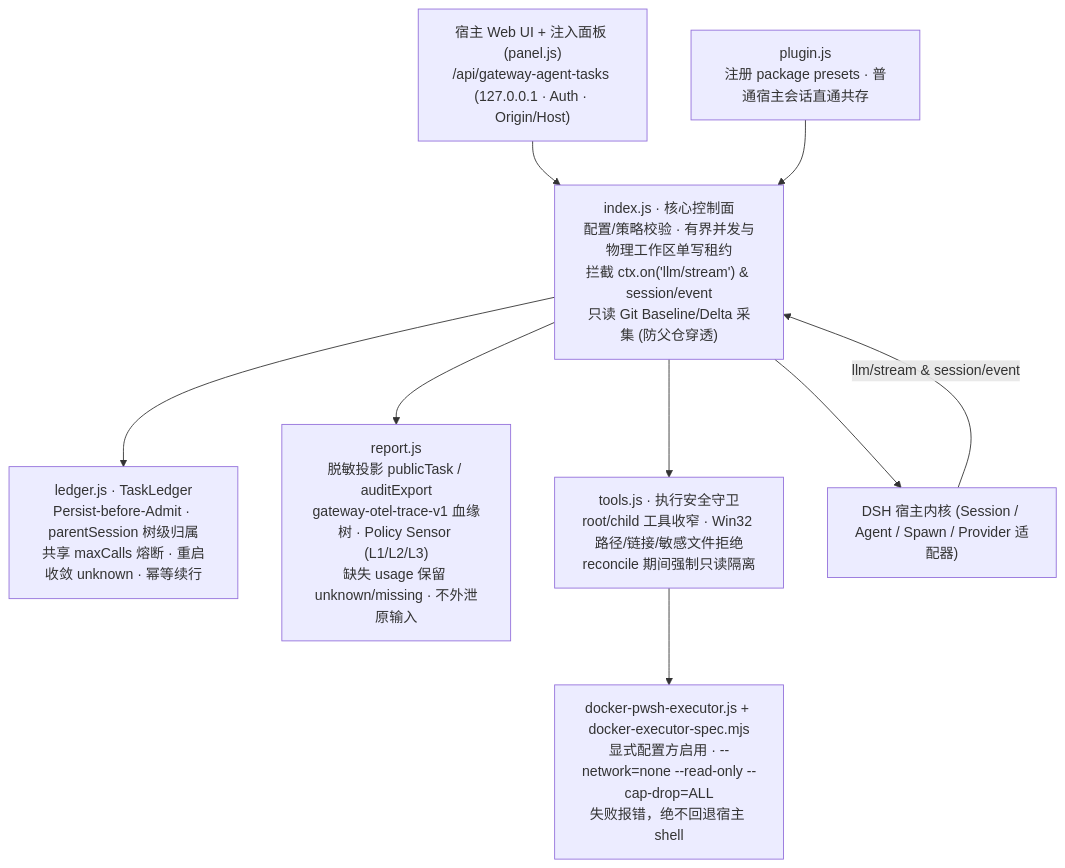
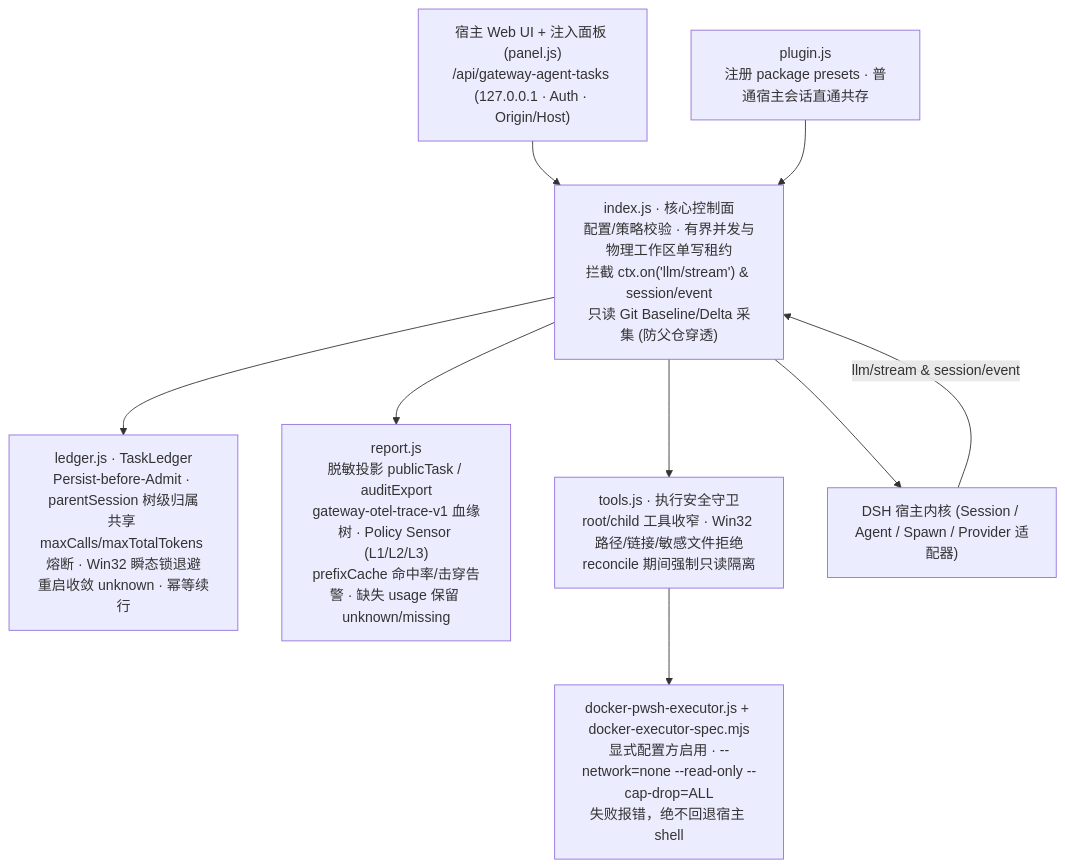
One commit to CalvinL10/llm-gateway changed the first of 2 diagrams in docs/architecture.md. Above: the diagram before and after it, drawn with Mermaid. The commit also changed other lines of this file and 19 other files, not shown here.

Commit message:
release(gateway): ship v0.2.1 with token budget, prefix-cache telemetry, and Win32 lock hardening

````diff
--- a/docs/architecture.md
+++ b/docs/architecture.md
@@ -9,20 +9,20 @@
 ```mermaid
 flowchart TD
     UI["宿主 Web UI + 注入面板 (panel.js)<br>/api/gateway-agent-tasks (127.0.0.1 · Auth · Origin/Host)"]
     PLUGIN["plugin.js<br>注册 package presets · 普通宿主会话直通共存"]
     IDX["index.js · 核心控制面<br>配置/策略校验 · 有界并发与物理工作区单写租约<br>拦截 ctx.on('llm/stream') & session/event<br>只读 Git Baseline/Delta 采集 (防父仓穿透)"]
-    LEDGER["ledger.js · TaskLedger<br>Persist-before-Admit · parentSession 树级归属<br>共享 maxCalls 熔断 · 重启收敛 unknown · 幂等续行"]
-    REPORT["report.js<br>脱敏投影 publicTask / auditExport<br>gateway-otel-trace-v1 血缘树 · Policy Sensor (L1/L2/L3)<br>缺失 usage 保留 unknown/missing · 不外泄原输入"]
+    LEDGER["ledger.js · TaskLedger<br>Persist-before-Admit · parentSession 树级归属<br>共享 maxCalls/maxTotalTokens 熔断 · Win32 瞬态锁退避<br>重启收敛 unknown · 幂等续行"]
+    REPORT["report.js<br>脱敏投影 publicTask / auditExport<br>gateway-otel-trace-v1 血缘树 · Policy Sensor (L1/L2/L3)<br>prefixCache 命中率/击穿告警 · 缺失 usage 保留 unknown/missing"]
     TOOLS["tools.js · 执行安全守卫<br>root/child 工具收窄 · Win32 路径/链接/敏感文件拒绝<br>reconcile 期间强制只读隔离"]
     DOCKER["docker-pwsh-executor.js + docker-executor-spec.mjs<br>显式配置方启用 · --network=none --read-only --cap-drop=ALL<br>失败报错，绝不回退宿主 shell"]
     DSH["DSH 宿主内核 (Session / Agent / Spawn / Provider 适配器)"]
 
     UI --> IDX
     PLUGIN --> IDX
     IDX --> LEDGER
     IDX --> REPORT
     IDX --> TOOLS
     TOOLS --> DOCKER
     IDX --> DSH
     DSH -->|llm/stream & session/event| IDX
 ```
````
